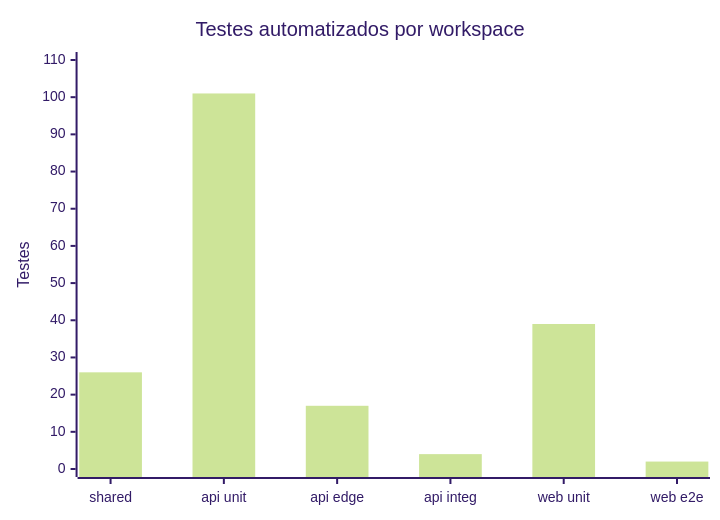
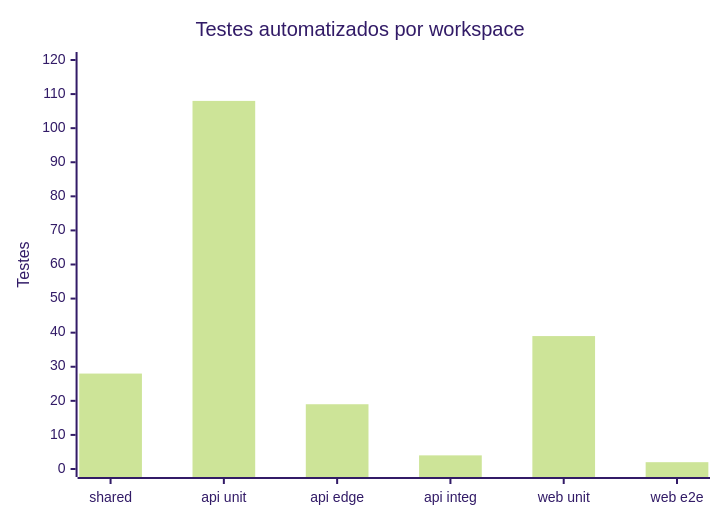
The ninth of 12 diagrams in README.md (Digooow/pokedex-frontend), drawn with Mermaid (forest theme) before and after one commit. The commit also changed other lines of this file and 24 other files, not shown here.

````diff
--- a/README.md
+++ b/README.md
@@ -532,7 +534,7 @@
 ```mermaid
 xychart-beta
   title "Testes automatizados por workspace"
   x-axis ["shared", "api unit", "api edge", "api integ", "web unit", "web e2e"]
-  y-axis "Testes" 0 --> 110
-  bar [26, 101, 17, 4, 39, 2]
+  y-axis "Testes" 0 --> 120
+  bar [28, 108, 19, 4, 39, 2]
 ```
````
